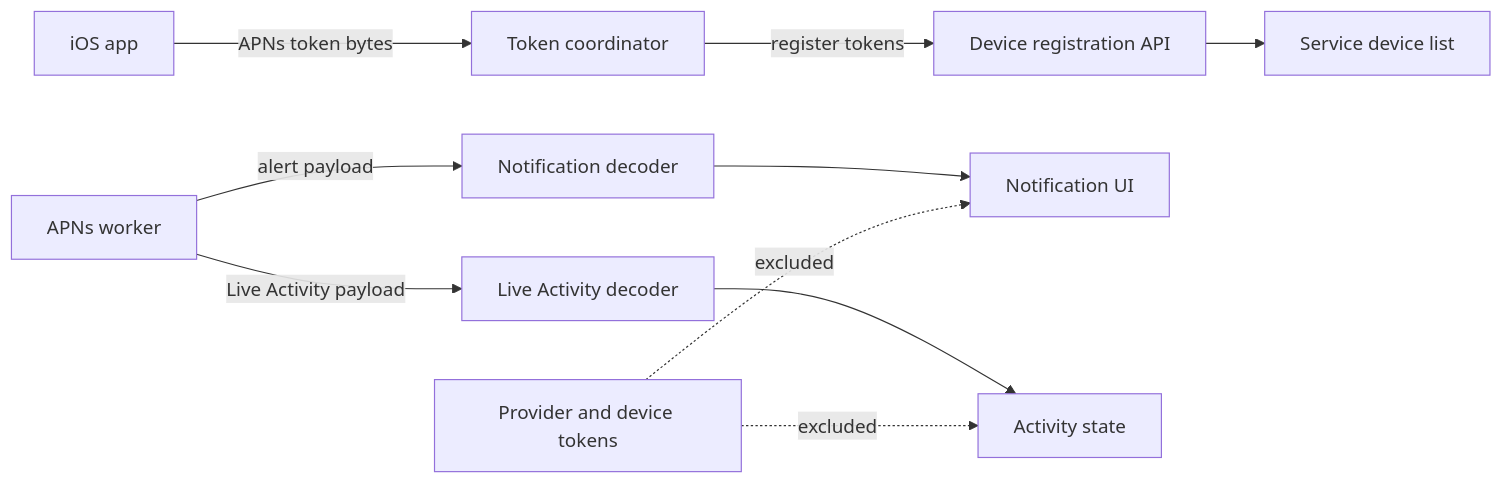
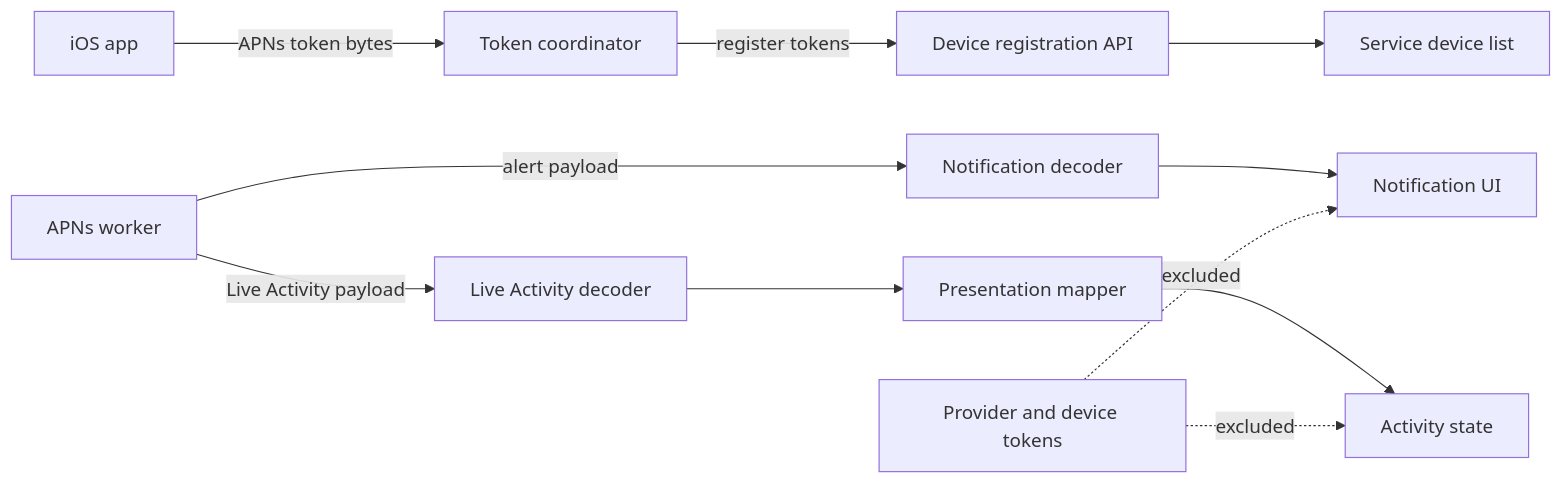
One commit to dotbrains/beam changed the diagram in docs/ios.md. Above: the diagram before and after it, drawn with Mermaid. The commit also changed other lines of this file and 2 other files, not shown here.

First line of the commit message:
feat: map iOS Live Activity presentation

````diff
--- a/docs/ios.md
+++ b/docs/ios.md
@@ -8,12 +8,13 @@
 ```mermaid
 flowchart LR
   app[iOS app] -->|APNs token bytes| coordinator[Token coordinator]
   coordinator -->|register tokens| api[Device registration API]
   api --> service[Service device list]
   worker[APNs worker] -->|alert payload| notification[Notification decoder]
   worker -->|Live Activity payload| activity[Live Activity decoder]
   notification --> ui[Notification UI]
-  activity --> live[Activity state]
+  activity --> presentation[Presentation mapper]
+  presentation --> live[Activity state]
   secrets[Provider and device tokens] -. excluded .-> ui
   secrets -. excluded .-> live
 ```
````
